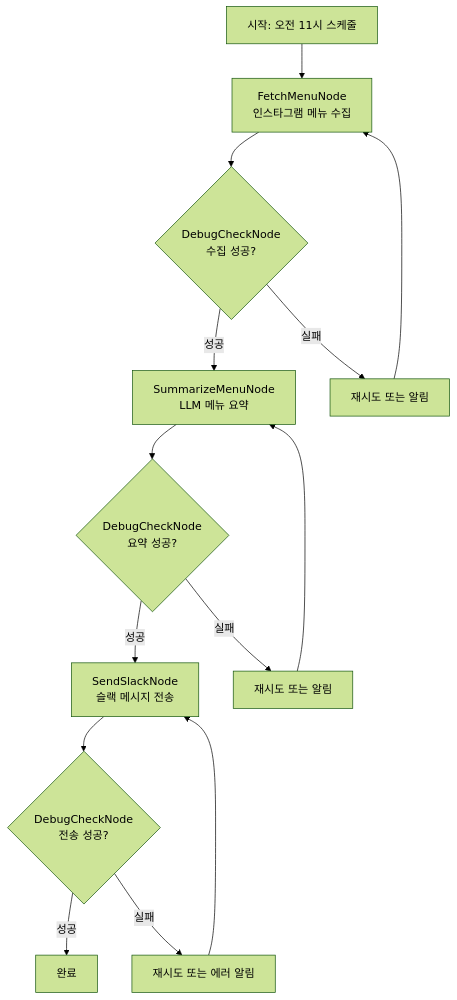
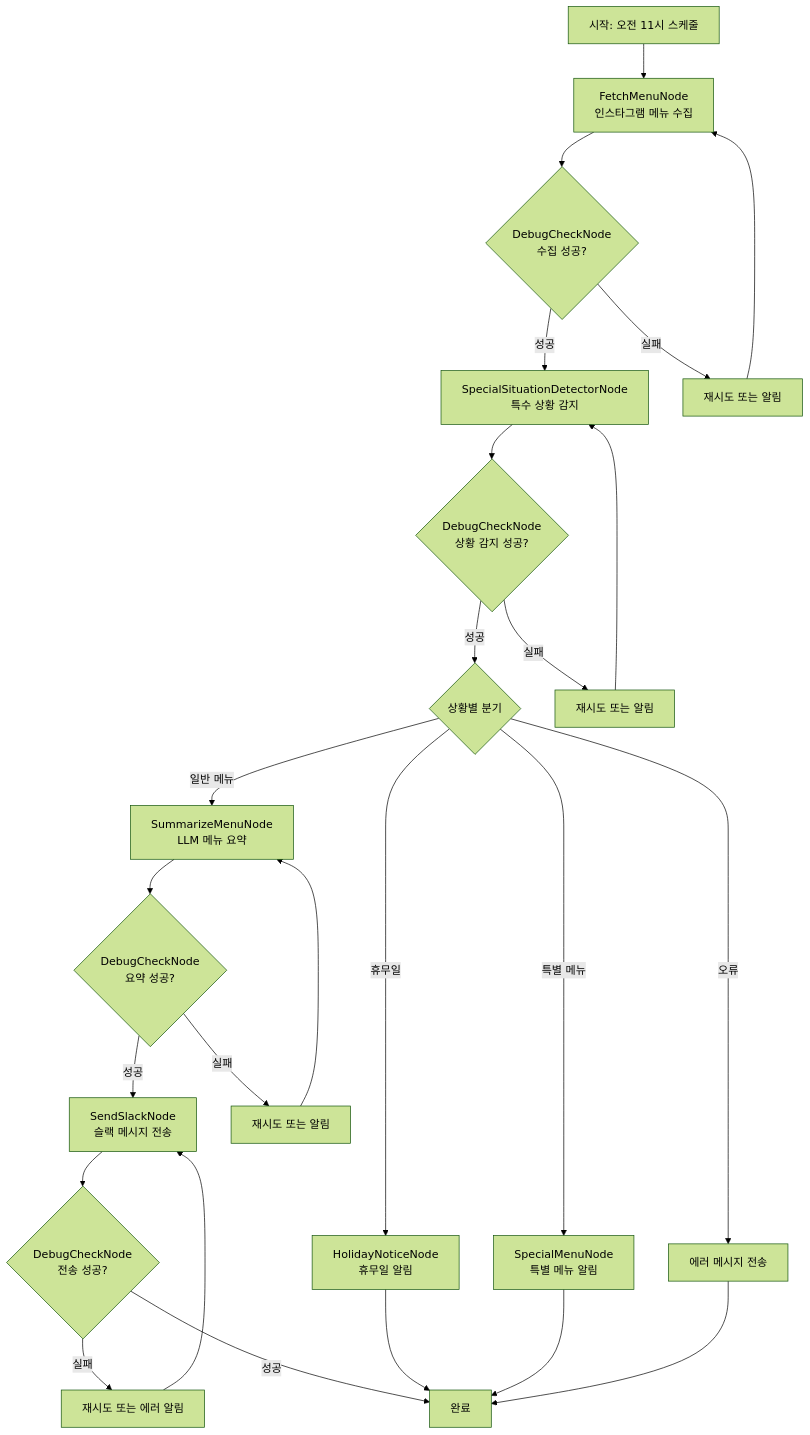
Before and after one commit to cosy363/gudoro-getter: the diagram in docs/design.md, drawn with Mermaid (forest theme). The commit also changed other lines of this file and 3 other files, not shown here.

````diff
--- a/docs/design.md
+++ b/docs/design.md
@@ -32,18 +40,32 @@
 ```mermaid
 flowchart TD
     start[시작: 오전 11시 스케줄] --> fetch[FetchMenuNode<br/>인스타그램 메뉴 수집]
     fetch --> debug1{DebugCheckNode<br/>수집 성공?}
-    debug1 -->|성공| summarize[SummarizeMenuNode<br/>LLM 메뉴 요약]
+    debug1 -->|성공| situation[SpecialSituationDetectorNode<br/>특수 상황 감지]
     debug1 -->|실패| retry1[재시도 또는 알림]
     retry1 --> fetch
     
-    summarize --> debug2{DebugCheckNode<br/>요약 성공?}
-    debug2 -->|성공| send[SendSlackNode<br/>슬랙 메시지 전송]
+    situation --> debug2{DebugCheckNode<br/>상황 감지 성공?}
+    debug2 -->|성공| branch{상황별 분기}
     debug2 -->|실패| retry2[재시도 또는 알림]
-    retry2 --> summarize
+    retry2 --> situation
     
-    send --> debug3{DebugCheckNode<br/>전송 성공?}
-    debug3 -->|성공| complete[완료]
-    debug3 -->|실패| retry3[재시도 또는 에러 알림]
-    retry3 --> send
+    branch -->|휴무일| holiday[HolidayNoticeNode<br/>휴무일 알림]
+    branch -->|특별 메뉴| special[SpecialMenuNode<br/>특별 메뉴 알림]
+    branch -->|일반 메뉴| summarize[SummarizeMenuNode<br/>LLM 메뉴 요약]
+    branch -->|오류| error[에러 메시지 전송]
+    
+    summarize --> debug3{DebugCheckNode<br/>요약 성공?}
+    debug3 -->|성공| send[SendSlackNode<br/>슬랙 메시지 전송]
+    debug3 -->|실패| retry3[재시도 또는 알림]
+    retry3 --> summarize
+    
+    send --> debug4{DebugCheckNode<br/>전송 성공?}
+    debug4 -->|성공| complete[완료]
+    debug4 -->|실패| retry4[재시도 또는 에러 알림]
+    retry4 --> send
+    
+    holiday --> complete
+    special --> complete
+    error --> complete
 ```
````
